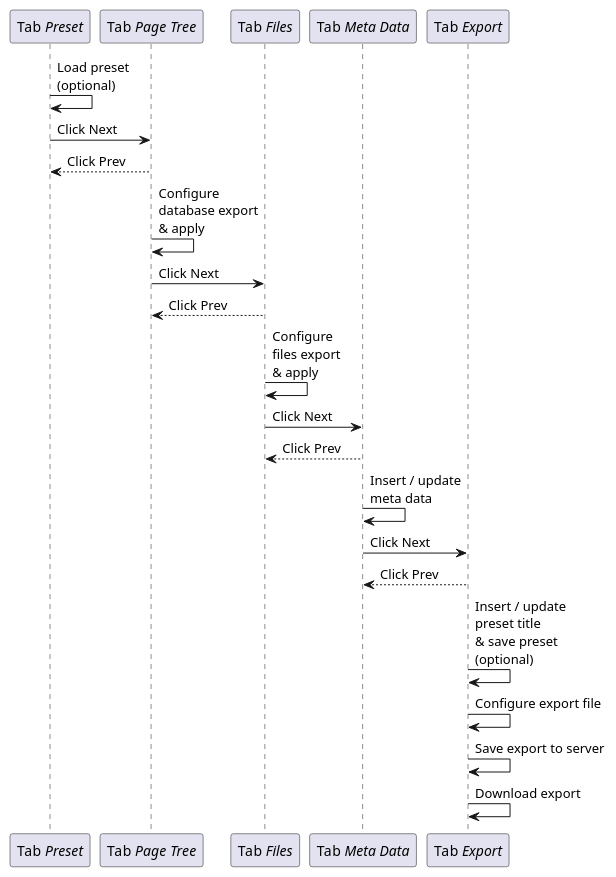
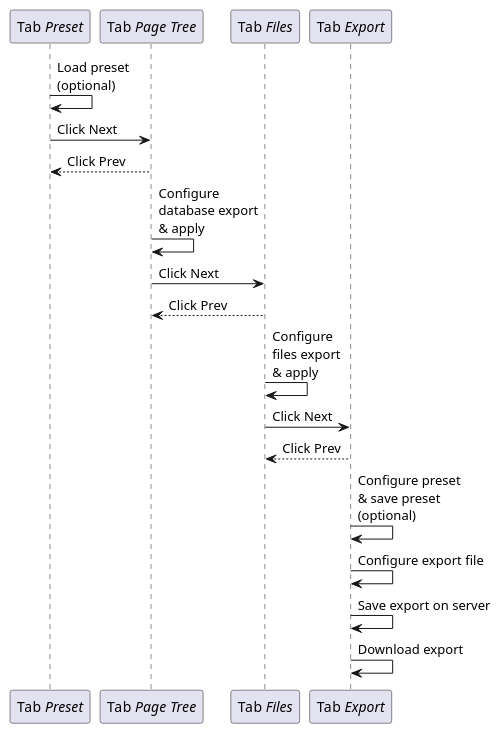
Before and after one commit to alexander-nitsche/TYPO3.CMS: the first of 2 diagrams in typo3/sysext/impexp/Documentation/Introduction/Index.rst, drawn with PlantUML. The commit also changed other lines of this file, not shown here.

Commit message:
[DOCS] Remove tab "Meta Data" from import/export modules

```diff
--- a/typo3/sysext/impexp/Documentation/Introduction/Index.rst
+++ b/typo3/sysext/impexp/Documentation/Introduction/Index.rst
@@ -19,22 +19,18 @@
 .. uml::
 
    "Tab <i>Preset</i>" as tabPreset -> tabPreset: Load preset\n(optional)
    tabPreset -> "Tab <i>Page Tree</i>" as tabPageTree: Click Next
    tabPageTree --> tabPreset: Click Prev
 
    tabPageTree -> tabPageTree: Configure\ndatabase export\n& apply
    tabPageTree -> "Tab <i>Files</i>" as tabFiles: Click Next
    tabFiles --> tabPageTree: Click Prev
 
    tabFiles -> tabFiles: Configure\nfiles export\n& apply
-   tabFiles -> "Tab <i>Meta Data</i>" as tabMetaData: Click Next
-   tabMetaData --> tabFiles: Click Prev
+   tabFiles -> "Tab <i>Export</i>" as tabExport: Click Next
+   tabExport --> tabFiles: Click Prev
 
-   tabMetaData -> tabMetaData: Insert / update\nmeta data
-   tabMetaData -> "Tab <i>Export</i>" as tabExport: Click Next
-   tabExport --> tabMetaData: Click Prev
-
-   tabExport -> tabExport: Insert / update\npreset title\n& save preset\n(optional)
+   tabExport -> tabExport: Configure preset\n& save preset\n(optional)
    tabExport -> tabExport: Configure export file
-   tabExport -> tabExport: Save export to server
+   tabExport -> tabExport: Save export on server
    tabExport -> tabExport: Download export
```
